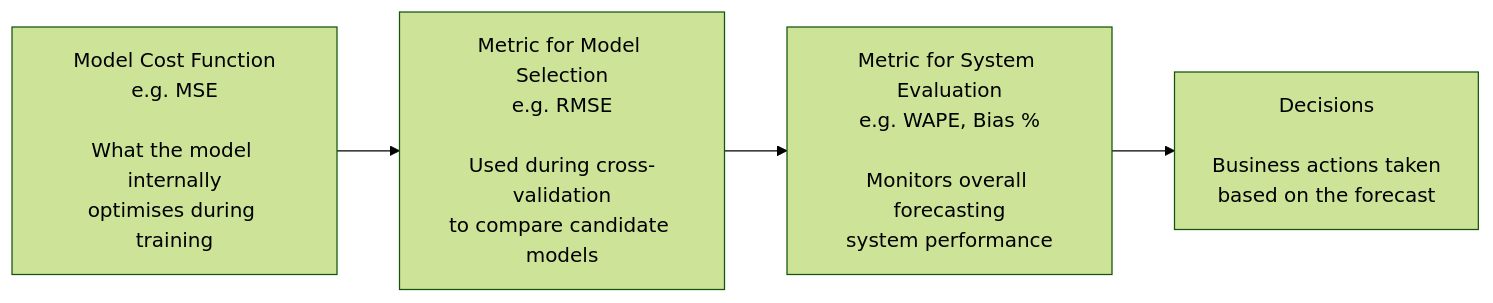
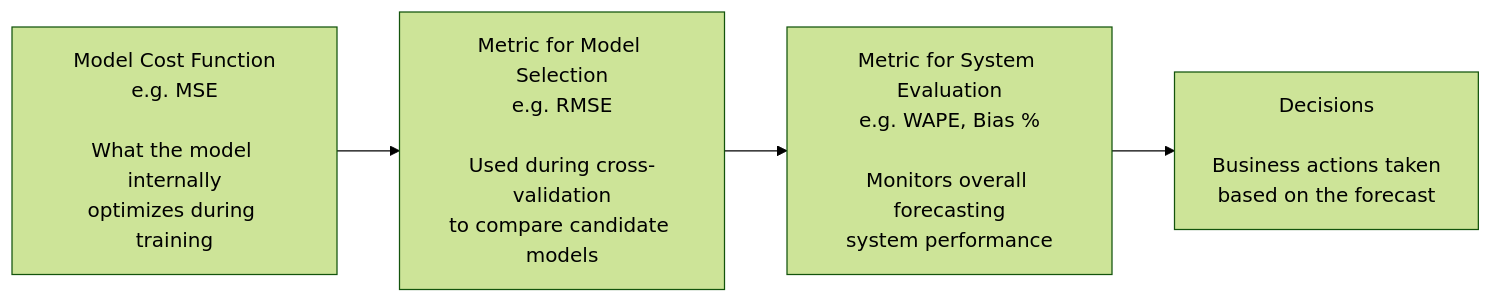
One commit to ltsaprounis/evaluating-distributional-forecasts-talk changed the diagram in forecasting_metrics.md. Above: the diagram before and after it, drawn with Mermaid (forest theme). The commit also changed other lines of this file and 3 other files, not shown here.

````diff
--- a/forecasting_metrics.md
+++ b/forecasting_metrics.md
@@ -35,7 +26,7 @@
 ```mermaid
 flowchart LR
-    A["Model Cost Function<br/>e.g. MSE<br/><br/>What the model internally<br/>optimises during training"] 
+    A["Model Cost Function<br/>e.g. MSE<br/><br/>What the model internally<br/>optimizes during training"] 
     --> B["Metric for Model Selection<br/>e.g. RMSE<br/><br/>Used during cross-validation<br/>to compare candidate models"]
     --> C["Metric for System Evaluation<br/>e.g. WAPE, Bias %<br/><br/>Monitors overall forecasting<br/>system performance"]
     --> D["Decisions<br/><br/>Business actions taken<br/>based on the forecast"]
 ```
````
